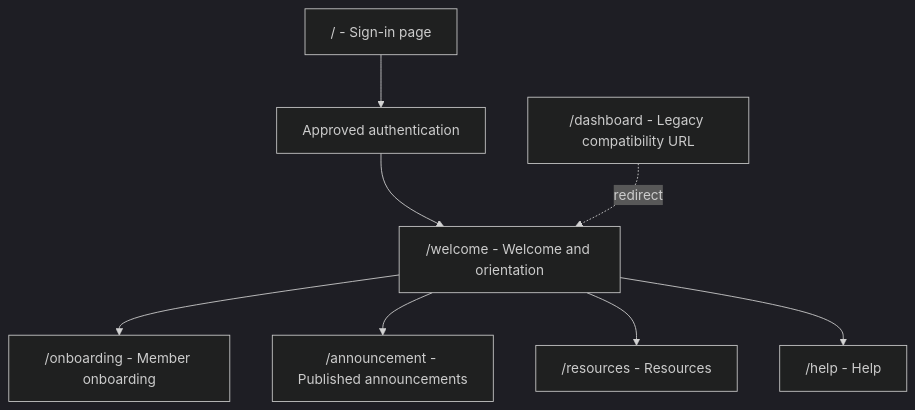
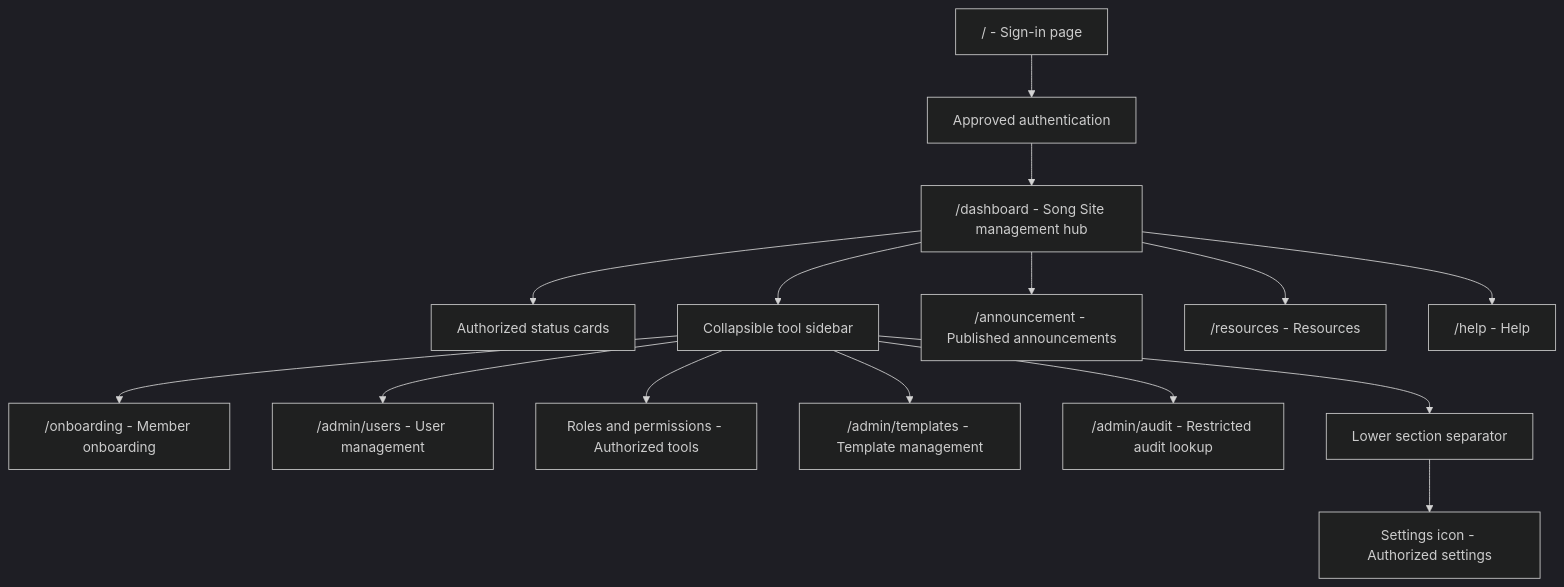
The diagram in docs/adr/0038-welcome-route.md (jestonibbaguio-max/song-site), drawn with Mermaid (dark theme) before and after one commit. The commit also changed other lines of this file and 7 other files, not shown here.

Commit message:
feat: update README and documentation for Song Site dashboard management hub and navigation flows

````diff
--- a/docs/adr/0038-welcome-route.md
+++ b/docs/adr/0038-welcome-route.md
@@ -41,10 +44,17 @@
 ```mermaid
 flowchart TD
     SIGNIN["/ - Sign-in page"] --> AUTH["Approved authentication"]
-    AUTH --> WELCOME["/welcome - Welcome and orientation"]
-    DASHBOARD["/dashboard - Legacy compatibility URL"] -. redirect .-> WELCOME
-    WELCOME --> ONBOARDING["/onboarding - Member onboarding"]
-    WELCOME --> ANNOUNCEMENT["/announcement - Published announcements"]
-    WELCOME --> RESOURCES["/resources - Resources"]
-    WELCOME --> HELP["/help - Help"]
+    AUTH --> DASHBOARD["/dashboard - Song Site management hub"]
+    DASHBOARD --> STATUS["Authorized status cards"]
+    DASHBOARD --> SIDEBAR["Collapsible tool sidebar"]
+    SIDEBAR --> ONBOARDING["/onboarding - Member onboarding"]
+    SIDEBAR --> USERS["/admin/users - User management"]
+    SIDEBAR --> ROLES["Roles and permissions - Authorized tools"]
+    SIDEBAR --> TEMPLATES["/admin/templates - Template management"]
+    SIDEBAR --> AUDIT["/admin/audit - Restricted audit lookup"]
+    SIDEBAR --> SEPARATOR["Lower section separator"]
+    SEPARATOR --> SETTINGS["Settings icon - Authorized settings"]
+    DASHBOARD --> ANNOUNCEMENT["/announcement - Published announcements"]
+    DASHBOARD --> RESOURCES["/resources - Resources"]
+    DASHBOARD --> HELP["/help - Help"]
 ```
````
